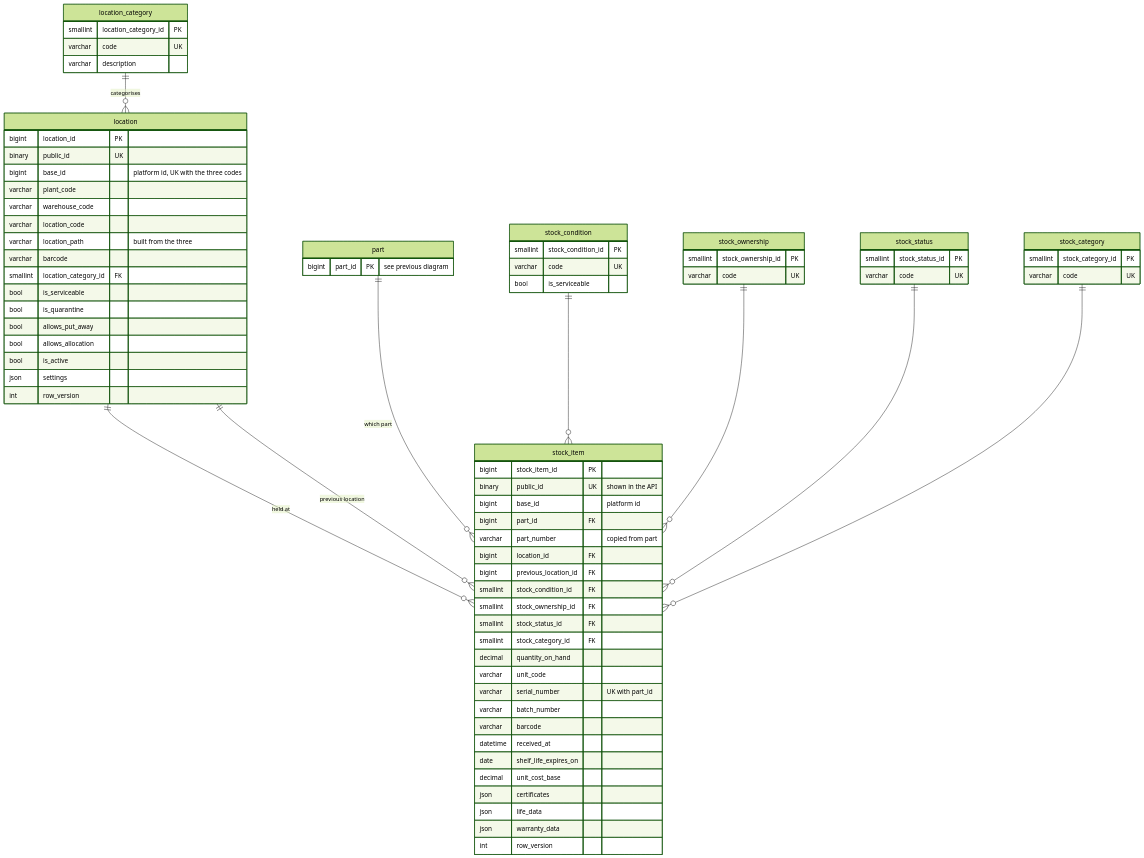
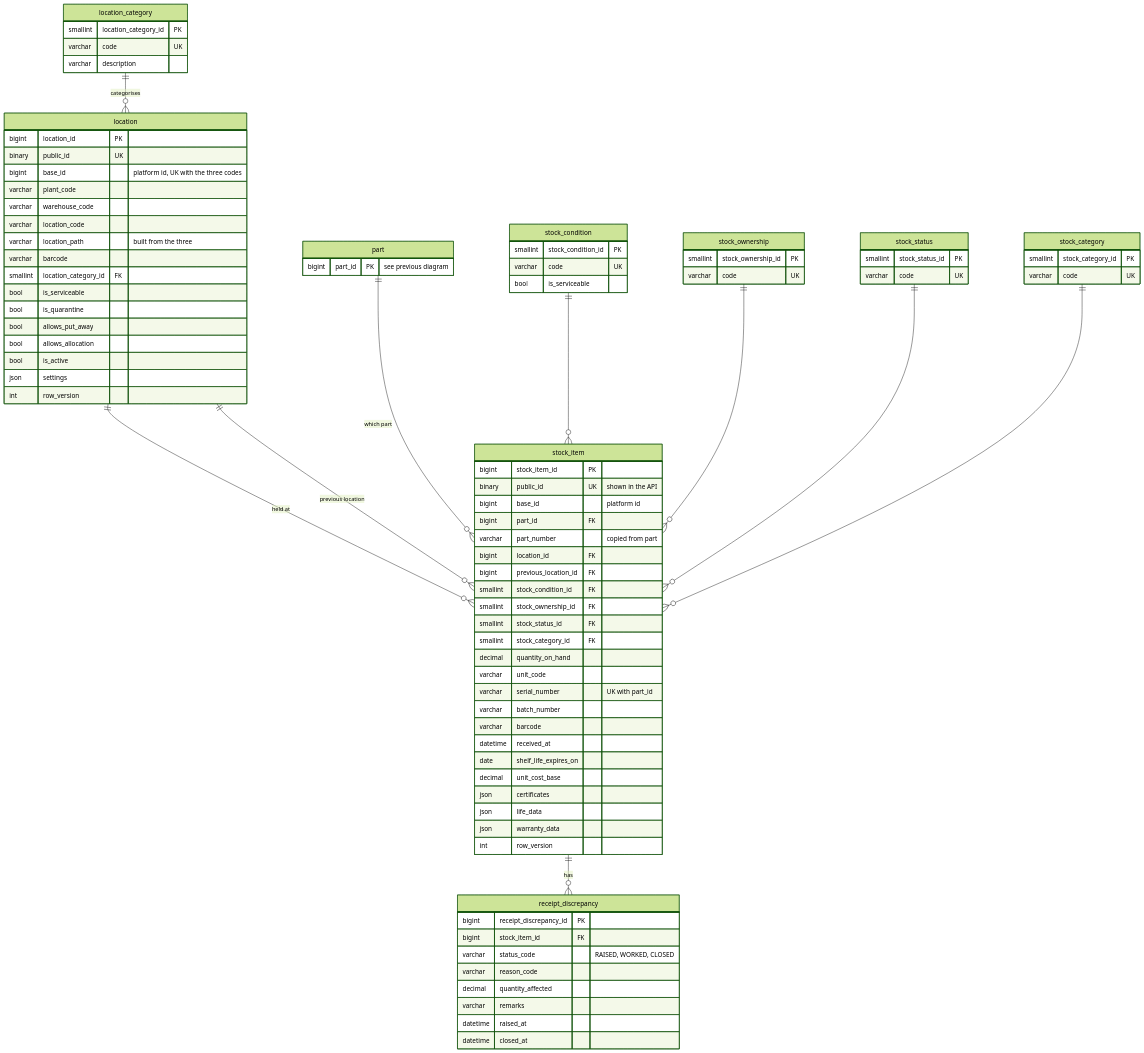
The fourth of 12 diagrams in Re-Design.md (rmominp/EDRAircraftMaintenancePlatform), drawn with Mermaid (forest theme) before and after one commit. The commit also changed other lines of this file, not shown here.

```diff
--- a/Re-Design.md
+++ b/Re-Design.md
@@ -100,7 +163,18 @@
     stock_ownership ||--o{ stock_item : ""
     stock_status ||--o{ stock_item : ""
     stock_category ||--o{ stock_item : ""
+    stock_item ||--o{ receipt_discrepancy : "has"
 
+    receipt_discrepancy {
+        bigint receipt_discrepancy_id PK
+        bigint stock_item_id FK
+        varchar status_code "RAISED, WORKED, CLOSED"
+        varchar reason_code
+        decimal quantity_affected
+        varchar remarks
+        datetime raised_at
+        datetime closed_at
+    }
     part {
         bigint part_id PK "see previous diagram"
     }
```
